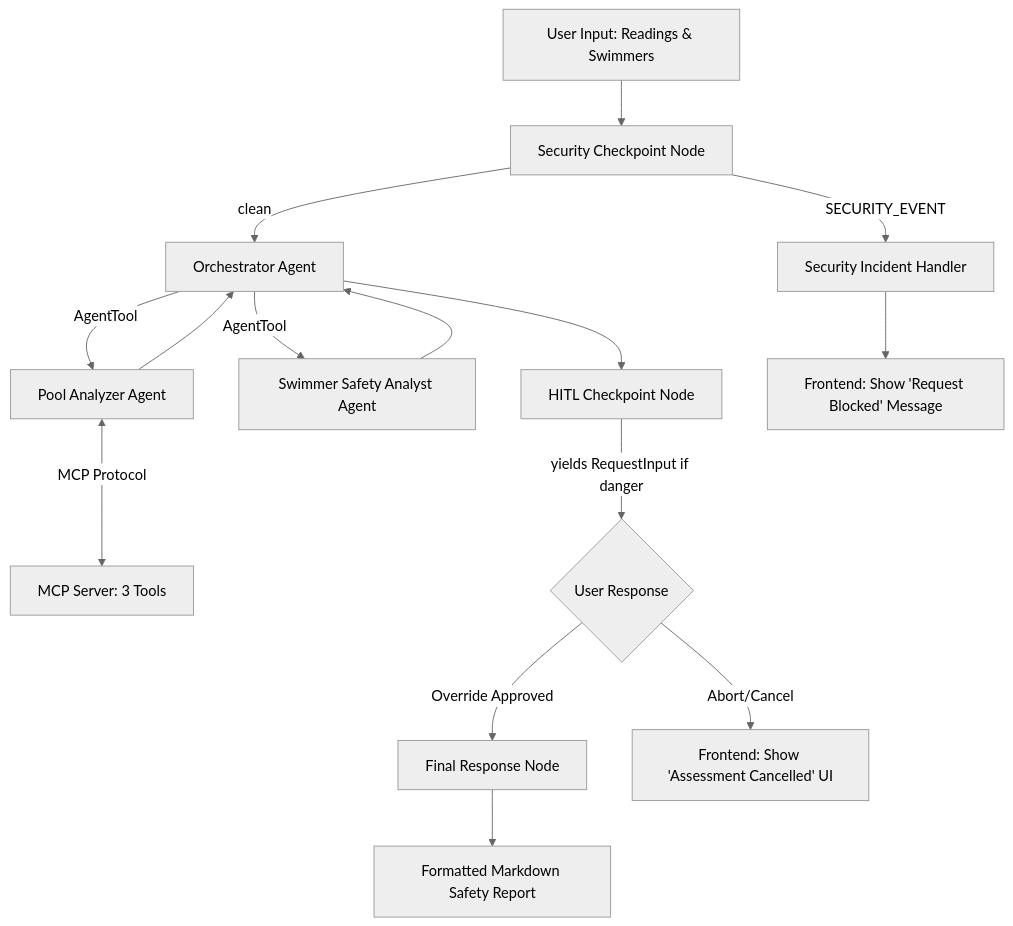
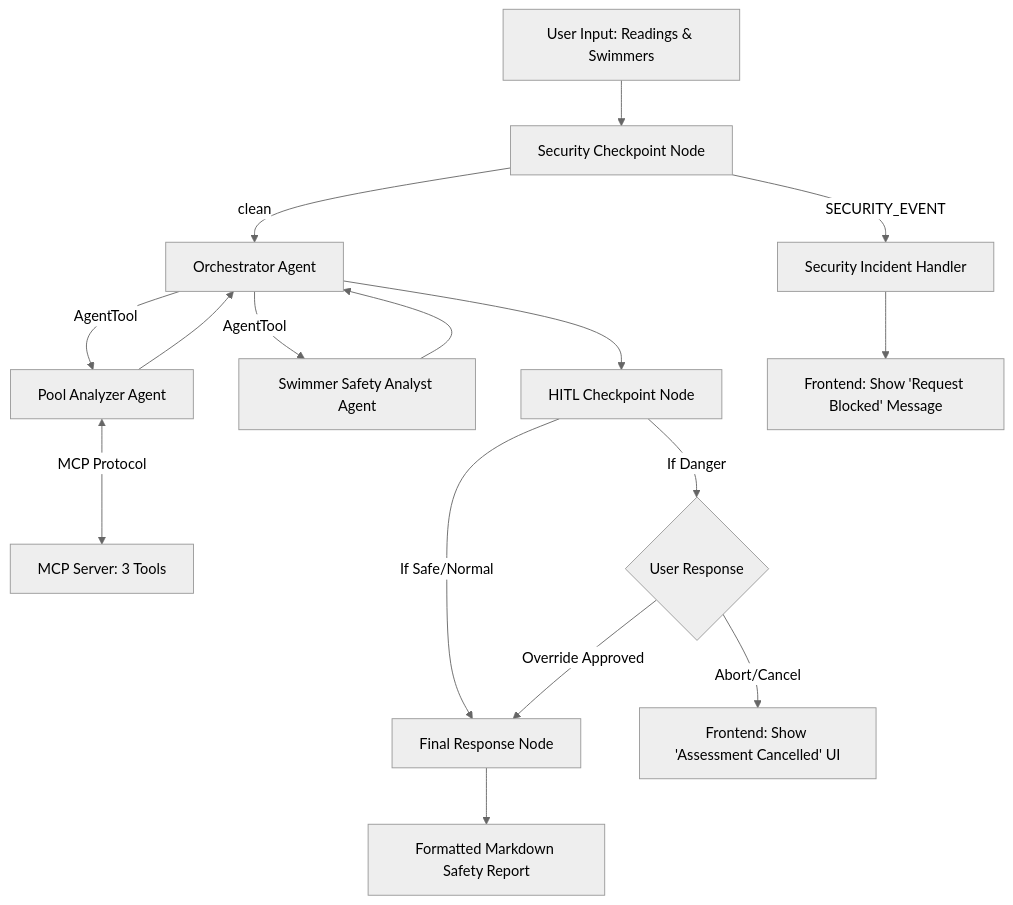
One commit to sowmyaguda/SwimsafeAI changed the diagram in README.md. Above: the diagram before and after it, drawn with Mermaid (neutral theme).

Commit message:
Update Mermaid diagram to show safe/normal path bypassing HITL user response prompt

````diff
--- a/README.md
+++ b/README.md
@@ -51,23 +51,24 @@
 ```mermaid
 graph TD
     START[User Input: Readings & Swimmers] --> SecCheck[Security Checkpoint Node]
     SecCheck -- SECURITY_EVENT --> SecHandler[Security Incident Handler]
     SecCheck -- clean --> Orch[Orchestrator Agent]
     
     Orch -->|AgentTool| PoolAna[Pool Analyzer Agent]
     Orch -->|AgentTool| SwimAna[Swimmer Safety Analyst Agent]
     
     PoolAna <-->|MCP Protocol| MCPServer[MCP Server: 3 Tools]
     
     PoolAna --> Orch
     SwimAna --> Orch
     
     Orch --> HITL[HITL Checkpoint Node]
-    HITL -->|yields RequestInput if danger| UserConfirm{User Response}
-    UserConfirm -->|Override Approved| FinalNode[Final Response Node]
+    HITL -->|If Danger| UserConfirm{User Response}
+    HITL -->|If Safe/Normal| FinalNode[Final Response Node]
+    UserConfirm -->|Override Approved| FinalNode
     UserConfirm -->|Abort/Cancel| CancelUI[Frontend: Show 'Assessment Cancelled' UI]
     
     SecHandler --> BlockedUI[Frontend: Show 'Request Blocked' Message]
     
     FinalNode --> Output[Formatted Markdown Safety Report]
 ```
````
